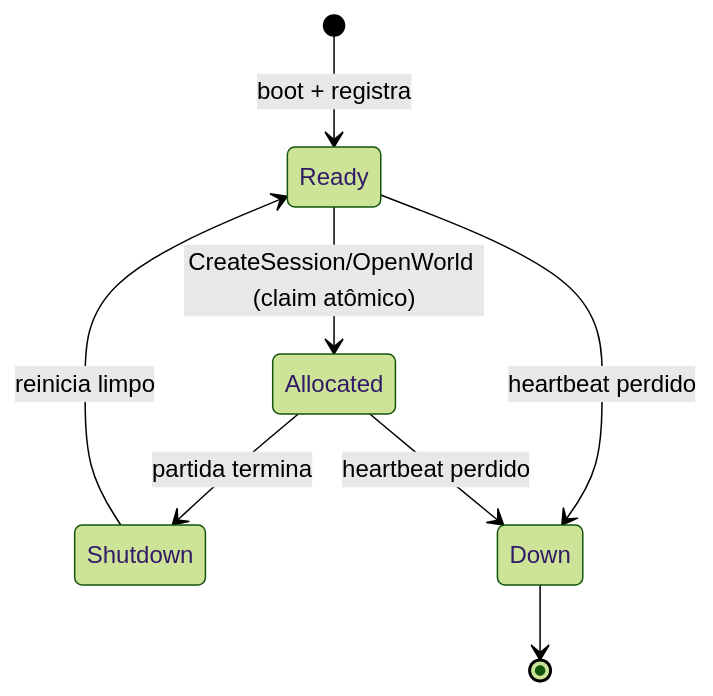
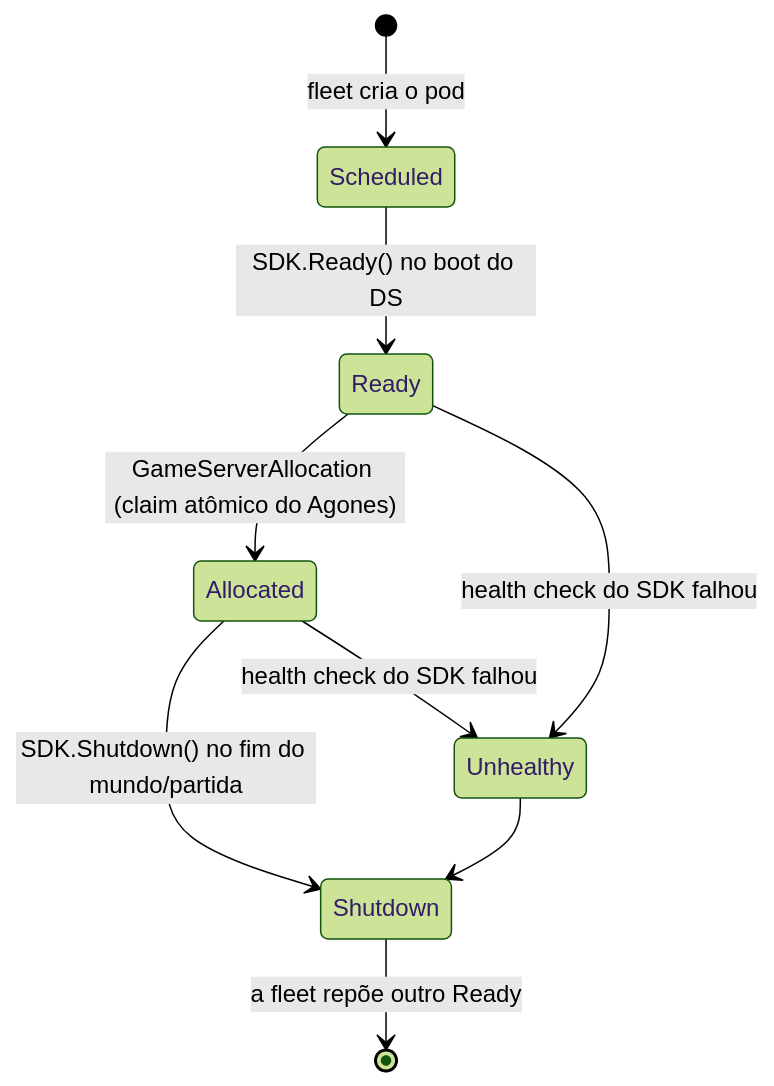
One commit to vitormartins1/go-multiplayer-control-plane changed the sixth of 7 diagrams in docs/ARCHITECTURE.md. Above: the diagram before and after it, drawn with Mermaid (forest theme). The commit also changed other lines of this file and 32 other files, not shown here.

````diff
--- a/docs/ARCHITECTURE.md
+++ b/docs/ARCHITECTURE.md
@@ -190,10 +242,11 @@
 ```mermaid
 stateDiagram-v2
-    [*] --> Ready: boot + registra
-    Ready --> Allocated: CreateSession/OpenWorld (claim atômico)
-    Allocated --> Shutdown: partida termina
-    Shutdown --> Ready: reinicia limpo
-    Ready --> Down: heartbeat perdido
-    Allocated --> Down: heartbeat perdido
-    Down --> [*]
+    [*] --> Scheduled: fleet cria o pod
+    Scheduled --> Ready: SDK.Ready() no boot do DS
+    Ready --> Allocated: GameServerAllocation (claim atômico do Agones)
+    Allocated --> Shutdown: SDK.Shutdown() no fim do mundo/partida
+    Ready --> Unhealthy: health check do SDK falhou
+    Allocated --> Unhealthy: health check do SDK falhou
+    Unhealthy --> Shutdown
+    Shutdown --> [*]: a fleet repõe outro Ready
 ```
````
